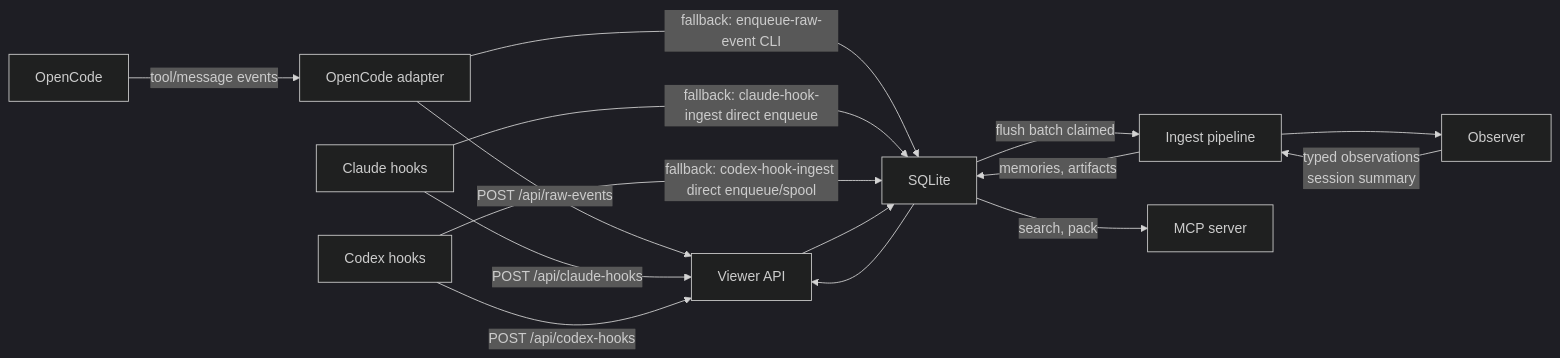
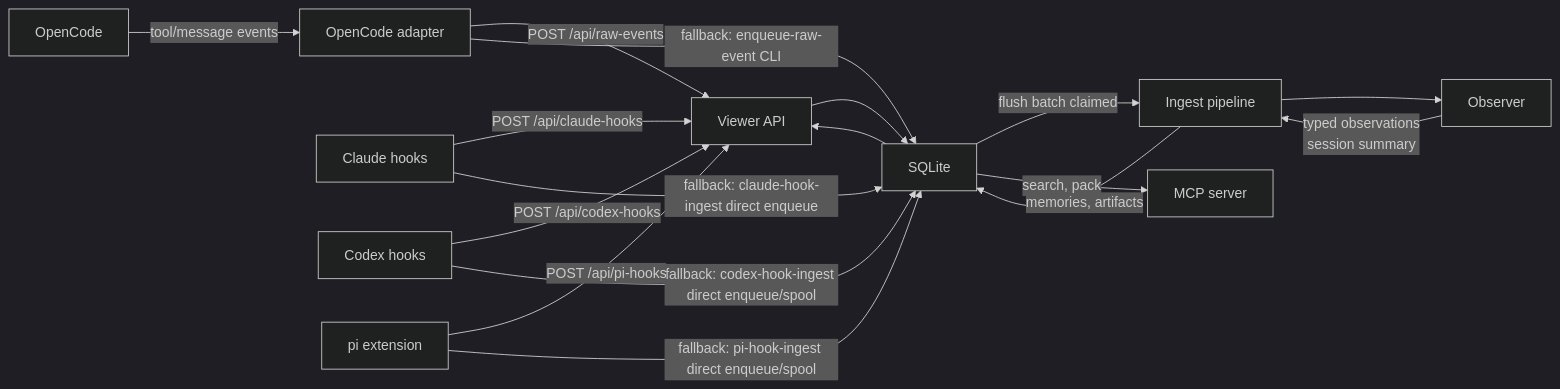
One commit to ZeR020/codemem changed the first of 4 diagrams in docs/architecture.md. Above: the diagram before and after it, drawn with Mermaid (dark theme). The commit also changed other lines of this file and 10 other files, not shown here.

````diff
--- a/docs/architecture.md
+++ b/docs/architecture.md
@@ -23,17 +23,19 @@
 ```mermaid
 flowchart LR
     OC["OpenCode"] -->|tool/message events| OCA["OpenCode adapter"]
     OCA -->|POST /api/raw-events| VW["Viewer API"]
     OCA -->|fallback: enqueue-raw-event CLI| DB
     CH["Claude hooks"] -->|POST /api/claude-hooks| VW
     CH -->|fallback: claude-hook-ingest direct enqueue| DB
     CX["Codex hooks"] -->|POST /api/codex-hooks| VW
     CX -->|fallback: codex-hook-ingest direct enqueue/spool| DB
+    PI["pi extension"] -->|POST /api/pi-hooks| VW
+    PI -->|fallback: pi-hook-ingest direct enqueue/spool| DB
     VW --> DB["SQLite"]
     DB -->|flush batch claimed| IN["Ingest pipeline"]
     IN --> OB["Observer"]
     OB -->|typed observations\nsession summary| IN
     IN -->|memories, artifacts| DB
     DB -->|search, pack| MCP["MCP server"]
     DB --> VW
 ```
````
